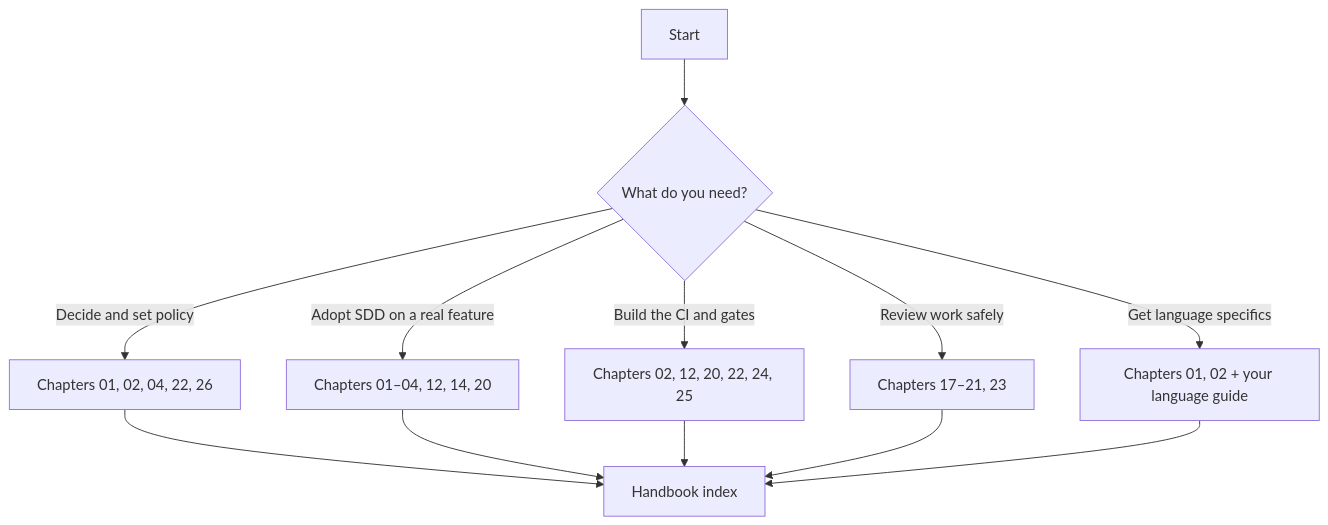
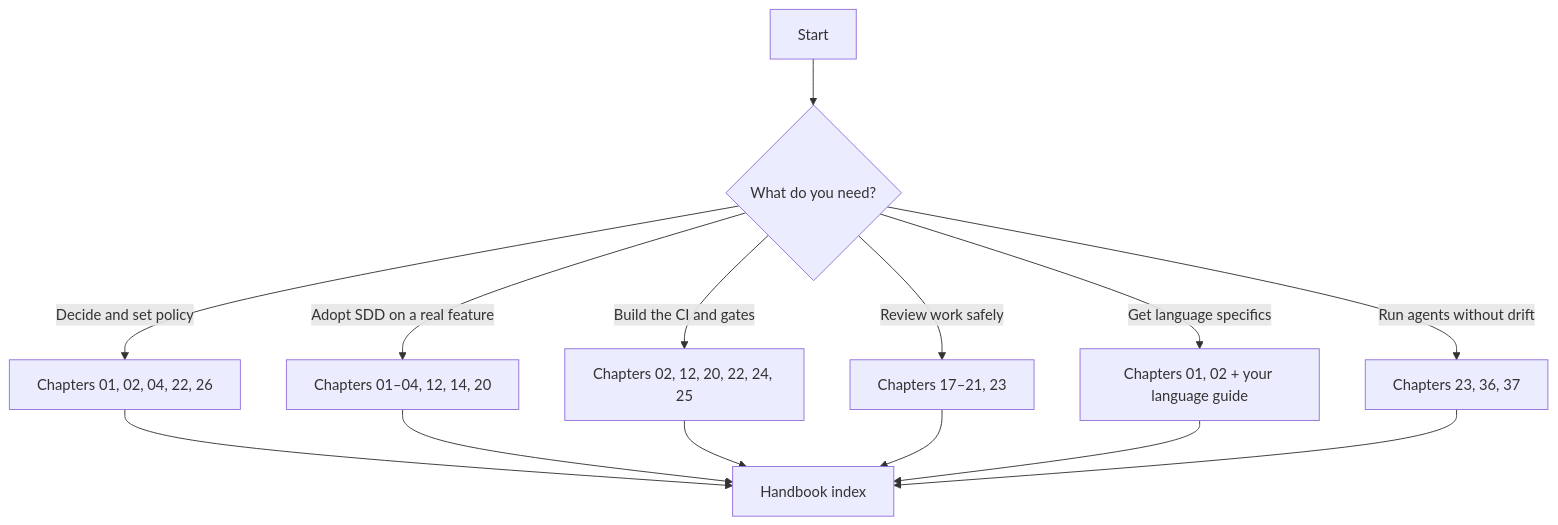
Before and after one commit to metodiev/Spec-Driven-Development-SDD: diagram 19 of 31 in README.md, drawn with Mermaid. The commit also changed other lines of this file and 56 other files, not shown here.

````diff
--- a/README.md
+++ b/README.md
@@ -628,14 +630,16 @@
 ```mermaid
 flowchart TD
     START["Start"] --> Q{"What do you need?"}
     Q -->|"Decide and set policy"| T1["Chapters 01, 02, 04, 22, 26"]
     Q -->|"Adopt SDD on a real feature"| T2["Chapters 01–04, 12, 14, 20"]
     Q -->|"Build the CI and gates"| T3["Chapters 02, 12, 20, 22, 24, 25"]
     Q -->|"Review work safely"| T4["Chapters 17–21, 23"]
     Q -->|"Get language specifics"| T5["Chapters 01, 02 + your language guide"]
+    Q -->|"Run agents without drift"| T6["Chapters 23, 36, 37"]
     T1 --> DONE["Handbook index"]
     T2 --> DONE
     T3 --> DONE
     T4 --> DONE
     T5 --> DONE
+    T6 --> DONE
 ```
````
